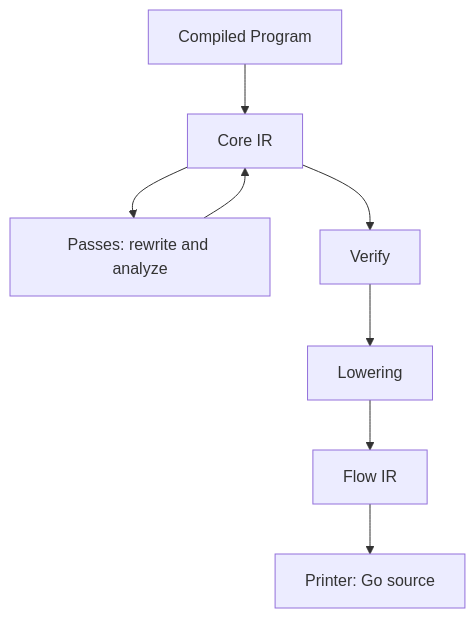
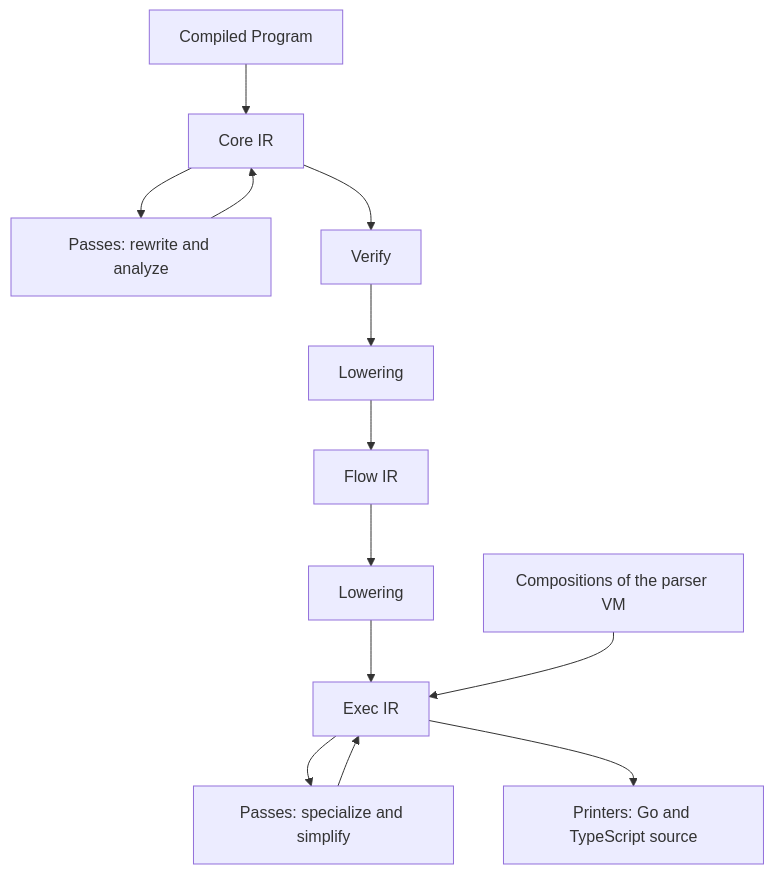
The diagram in docs/design/intermediate-representations.md (zeroparse/zp), drawn with Mermaid before and after one commit. The commit also changed other lines of this file and 3 other files, not shown here.

````diff
--- a/docs/design/intermediate-representations.md
+++ b/docs/design/intermediate-representations.md
@@ -12,10 +13,15 @@
 ```mermaid
 flowchart TD
   prog["Compiled Program"] --> core["Core IR"]
   core --> p["Passes: rewrite and analyze"]
   p --> core
   core --> ver["Verify"]
   ver --> low["Lowering"]
   low --> flow["Flow IR"]
-  flow --> out["Printer: Go source"]
+  flow --> el["Lowering"]
+  el --> exec["Exec IR"]
+  comp["Compositions of the parser VM"] --> exec
+  exec --> xp["Passes: specialize and simplify"]
+  xp --> exec
+  exec --> out["Printers: Go and TypeScript source"]
 ```
````
